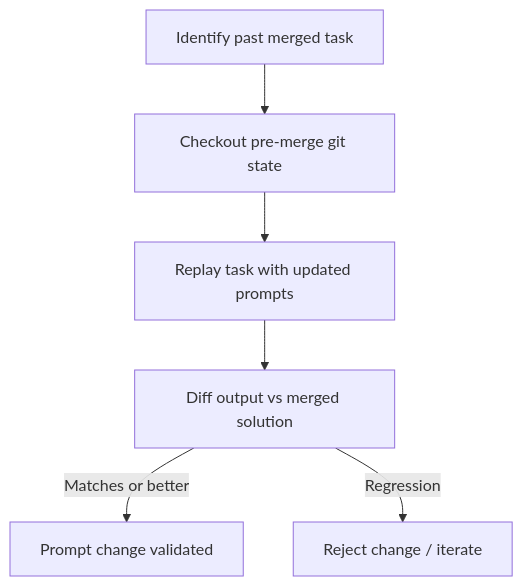
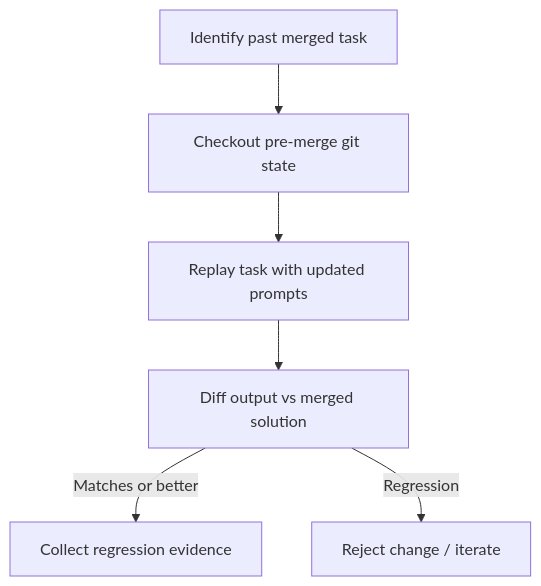
Before and after one commit to agentpatterns-ai/website: the diagram in workflows/simulation-replay-testing.md, drawn with Mermaid. The commit also changed other lines of this file and 71 other files, not shown here.

````diff
--- a/workflows/simulation-replay-testing.md
+++ b/workflows/simulation-replay-testing.md
@@ -41,8 +41,8 @@
 ```mermaid
 graph TD
     A[Identify past merged task] --> B[Checkout pre-merge git state]
     B --> C[Replay task with updated prompts]
     C --> D[Diff output vs merged solution]
-    D -->|Matches or better| E[Prompt change validated]
+    D -->|Matches or better| E[Collect regression evidence]
     D -->|Regression| F[Reject change / iterate]
 ```
````
